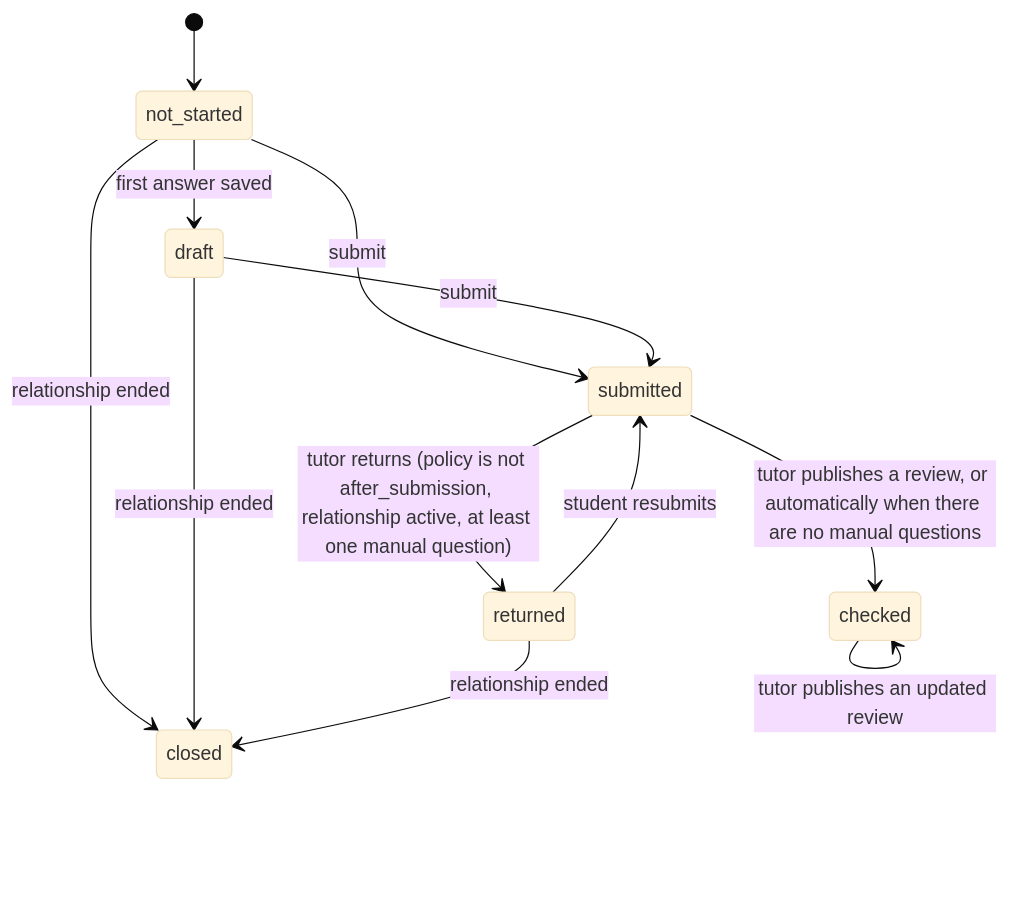
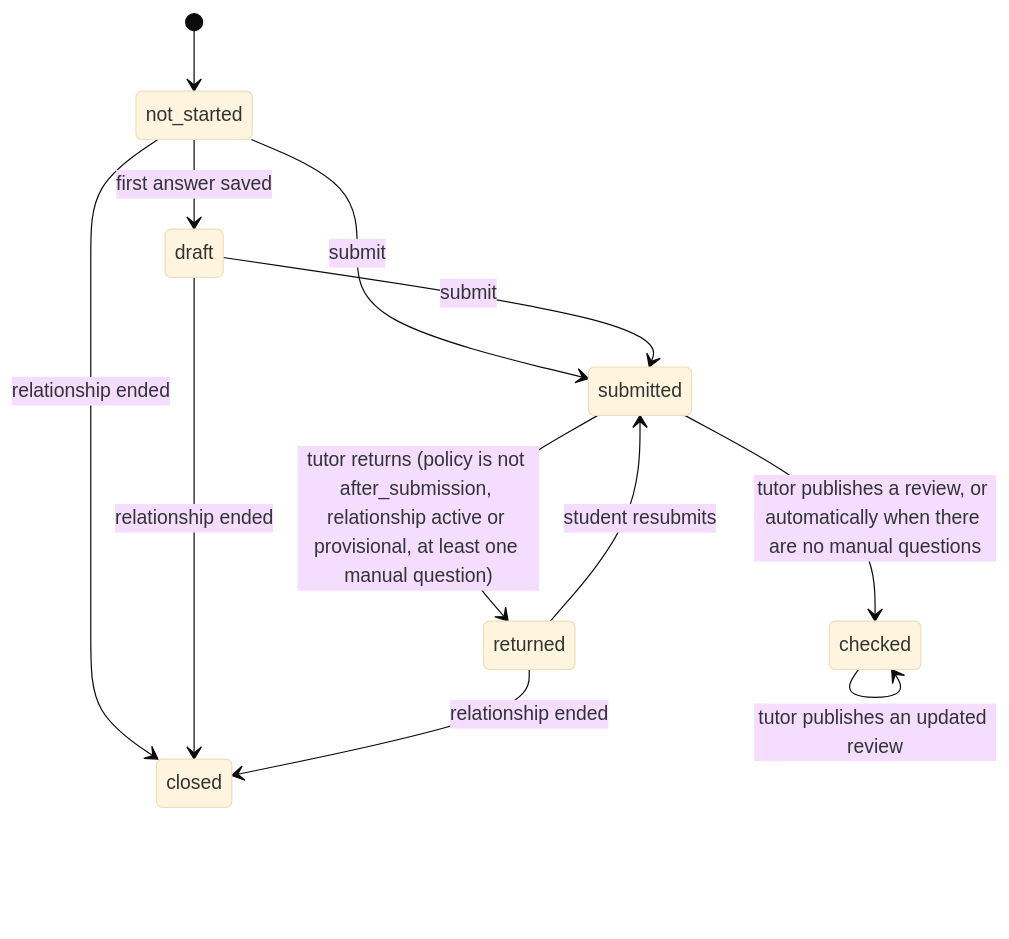
One commit to klukashka/ovc changed the diagram in knowledge/specs/homework.md. Above: the diagram before and after it, drawn with Mermaid (base theme). The commit also changed other lines of this file and 22 other files, not shown here.

````diff
--- a/knowledge/specs/homework.md
+++ b/knowledge/specs/homework.md
@@ -226,14 +314,14 @@
 ```mermaid
 stateDiagram-v2
   [*] --> not_started
   not_started --> draft: first answer saved
   not_started --> submitted: submit
   draft --> submitted: submit
   submitted --> checked: tutor publishes a review, or automatically when there are no manual questions
-  submitted --> returned: tutor returns (policy is not after_submission, relationship active, at least one manual question)
+  submitted --> returned: tutor returns (policy is not after_submission, relationship active or provisional, at least one manual question)
   returned --> submitted: student resubmits
   checked --> checked: tutor publishes an updated review
   not_started --> closed: relationship ended
   draft --> closed: relationship ended
   returned --> closed: relationship ended
 ```
````
